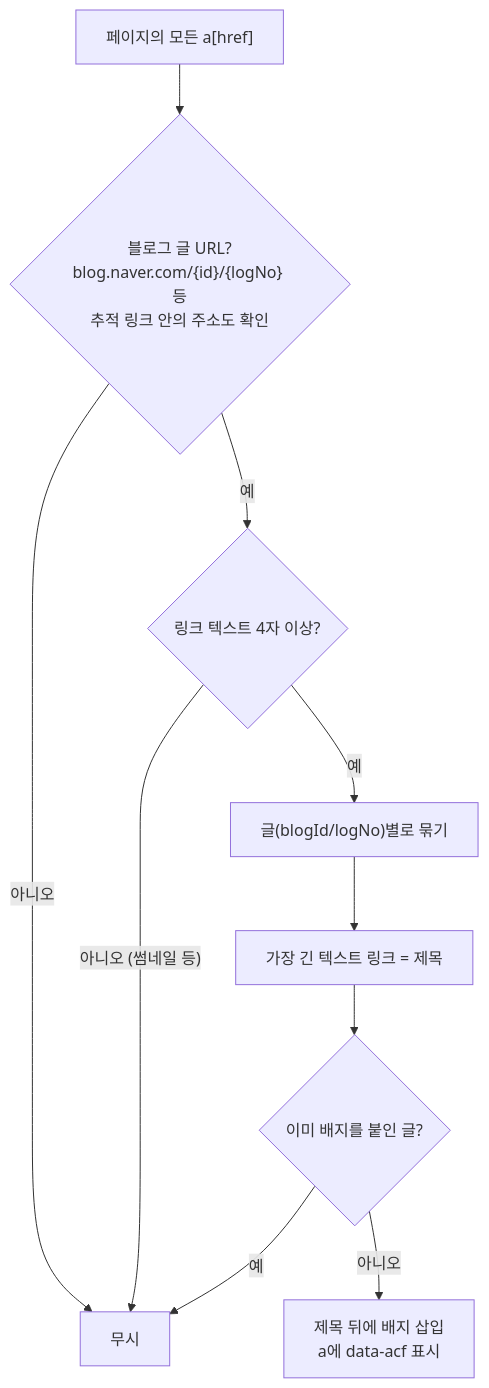
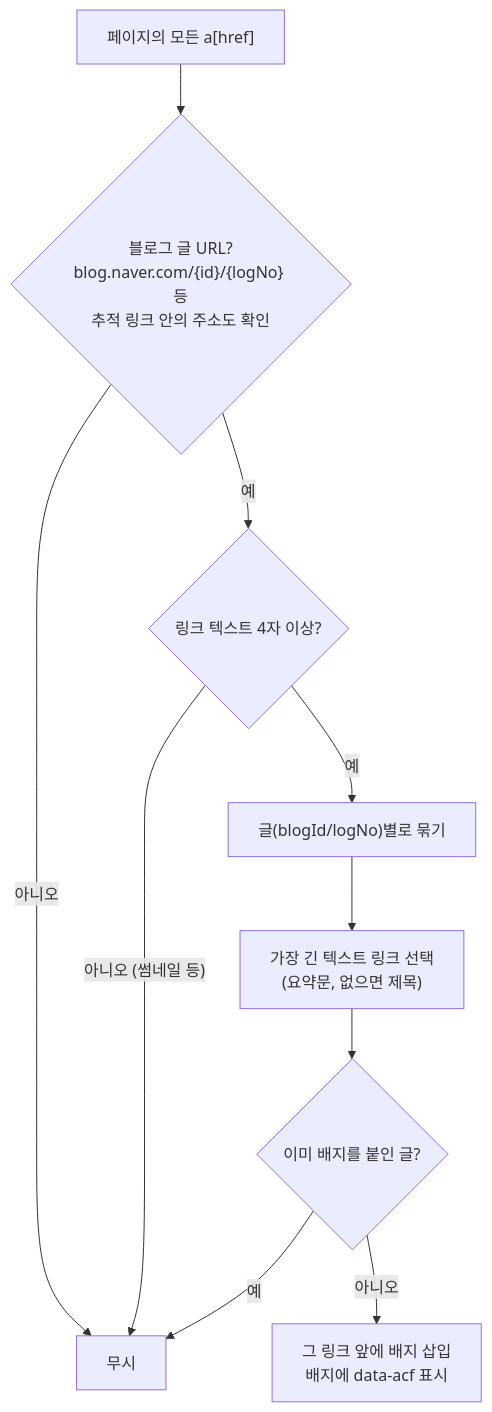
The third of 4 diagrams in docs/04-week3-extension.md (seinjang/ai-content-filter), drawn with Mermaid before and after one commit. The commit also changed other lines of this file and 3 other files, not shown here.

````diff
--- a/docs/04-week3-extension.md
+++ b/docs/04-week3-extension.md
@@ -85,12 +85,12 @@
 ```mermaid
 flowchart TD
     A["페이지의 모든 a[href]"] --> B{"블로그 글 URL?<br/>blog.naver.com/{id}/{logNo} 등<br/>추적 링크 안의 주소도 확인"}
     B -- "아니오" --> X["무시"]
     B -- "예" --> C{"링크 텍스트 4자 이상?"}
     C -- "아니오 (썸네일 등)" --> X
     C -- "예" --> D["글(blogId/logNo)별로 묶기"]
-    D --> E["가장 긴 텍스트 링크 = 제목"]
+    D --> E["가장 긴 텍스트 링크 선택<br/>(요약문, 없으면 제목)"]
     E --> F{"이미 배지를 붙인 글?"}
     F -- "예" --> X
-    F -- "아니오" --> G["제목 뒤에 배지 삽입<br/>a에 data-acf 표시"]
+    F -- "아니오" --> G["그 링크 앞에 배지 삽입<br/>배지에 data-acf 표시"]
 ```
````
